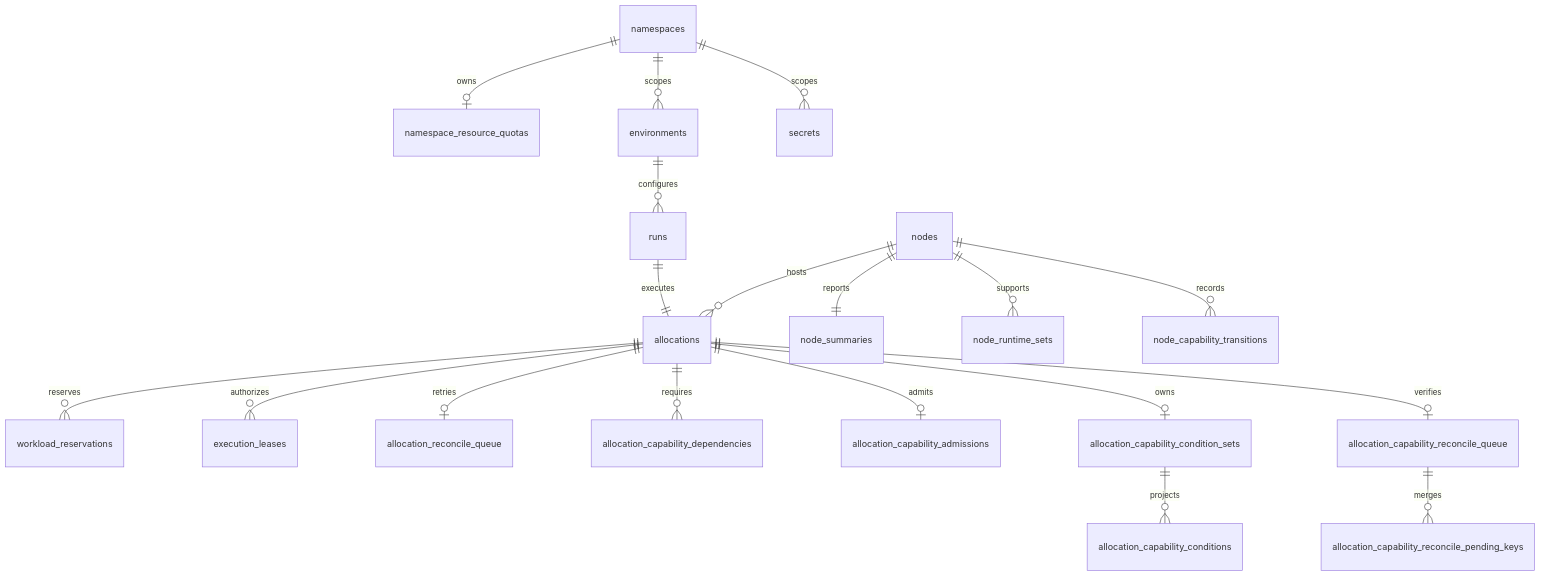
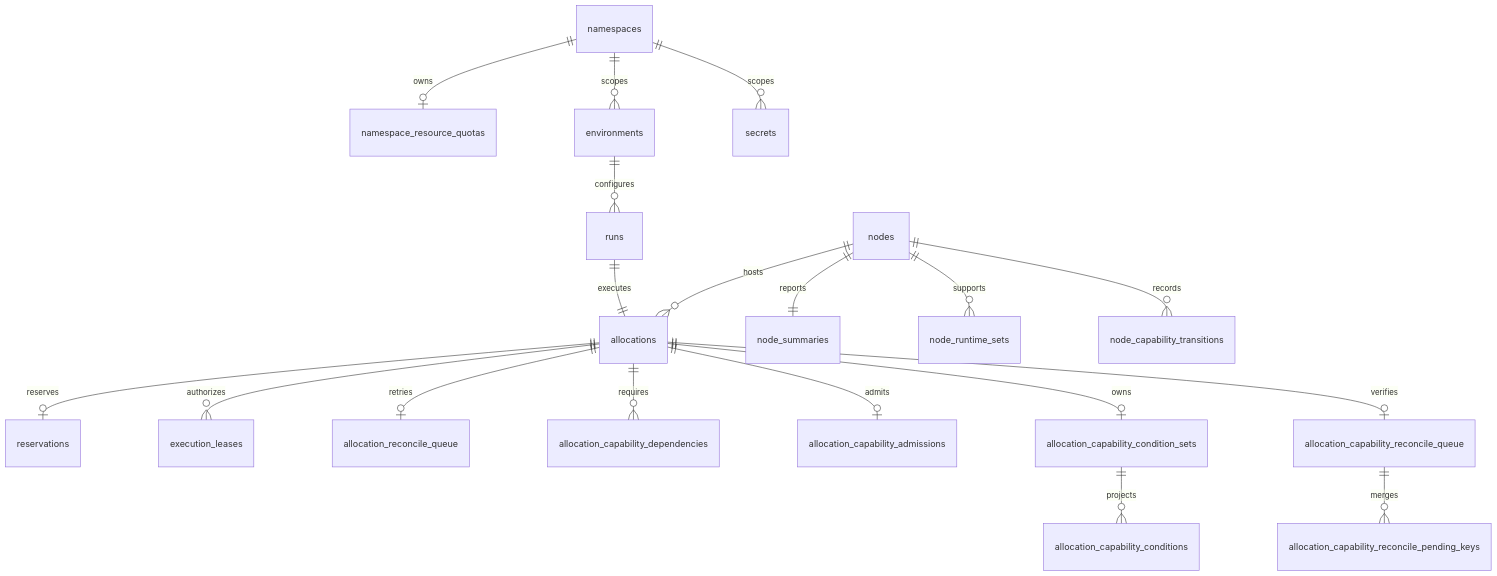
The second of 4 diagrams in control/controld/docs/postgres-schema-design.md (cofy-x/axern), drawn with Mermaid before and after one commit. The commit also changed other lines of this file and 185 other files, not shown here.

````diff
--- a/control/controld/docs/postgres-schema-design.md
+++ b/control/controld/docs/postgres-schema-design.md
@@ -35,21 +34,21 @@
 ```mermaid
 erDiagram
   namespaces ||--o| namespace_resource_quotas : owns
   namespaces ||--o{ environments : scopes
   namespaces ||--o{ secrets : scopes
   environments ||--o{ runs : configures
   runs ||--|| allocations : executes
   nodes ||--o{ allocations : hosts
   nodes ||--|| node_summaries : reports
   nodes ||--o{ node_runtime_sets : supports
-  allocations ||--o{ workload_reservations : reserves
+  allocations ||--o| reservations : reserves
   allocations ||--o{ execution_leases : authorizes
   allocations ||--o| allocation_reconcile_queue : retries
   allocations ||--o{ allocation_capability_dependencies : requires
-	allocations ||--o| allocation_capability_admissions : admits
+  allocations ||--o| allocation_capability_admissions : admits
   allocations ||--o| allocation_capability_condition_sets : owns
   allocation_capability_condition_sets ||--o{ allocation_capability_conditions : projects
   allocations ||--o| allocation_capability_reconcile_queue : verifies
   allocation_capability_reconcile_queue ||--o{ allocation_capability_reconcile_pending_keys : merges
   nodes ||--o{ node_capability_transitions : records
 ```
````
